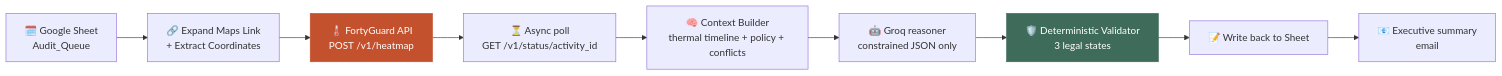
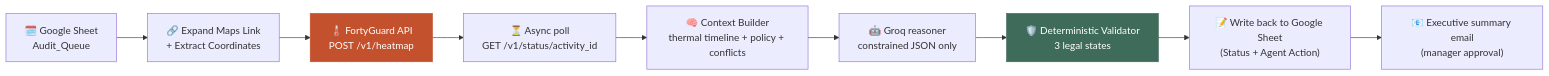
The first of 2 diagrams in README.md (tariq-bawany/therma-shift), drawn with Mermaid before and after one commit. The commit also changed other lines of this file, not shown here.

````diff
--- a/README.md
+++ b/README.md
@@ -164,13 +164,13 @@
 ```mermaid
 flowchart LR
     A["🗓️ Google Sheet<br/>Audit_Queue"] --> B["🔗 Expand Maps Link<br/>+ Extract Coordinates"]
     B --> C["🌡️ FortyGuard API<br/>POST /v1/heatmap"]
     C --> D["⏳ Async poll<br/>GET /v1/status/activity_id"]
     D --> E["🧠 Context Builder<br/>thermal timeline + policy + conflicts"]
     E --> F["🤖 Groq reasoner<br/>constrained JSON only"]
     F --> G["🛡️ Deterministic Validator<br/>3 legal states"]
-    G --> H["📝 Write back to Sheet"]
-    H --> I["📧 Executive summary<br/>email"]
+    G --> H["📝 Write back to Google Sheet<br/>(Status + Agent Action)"]
+    H --> I["📧 Executive summary email<br/>(manager approval)"]
     style C fill:#C4512D,stroke:#C4512D,color:#fff
     style G fill:#3F6B5B,stroke:#3F6B5B,color:#fff
 ```
````
